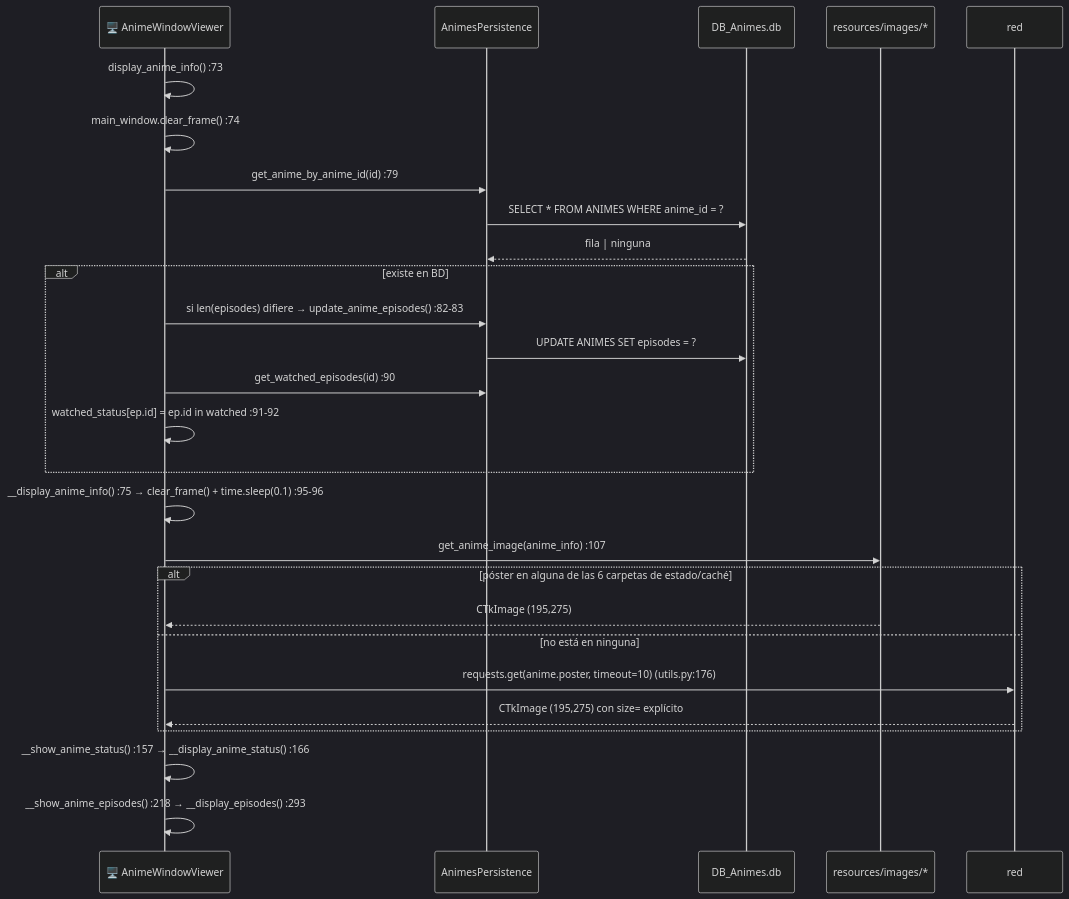
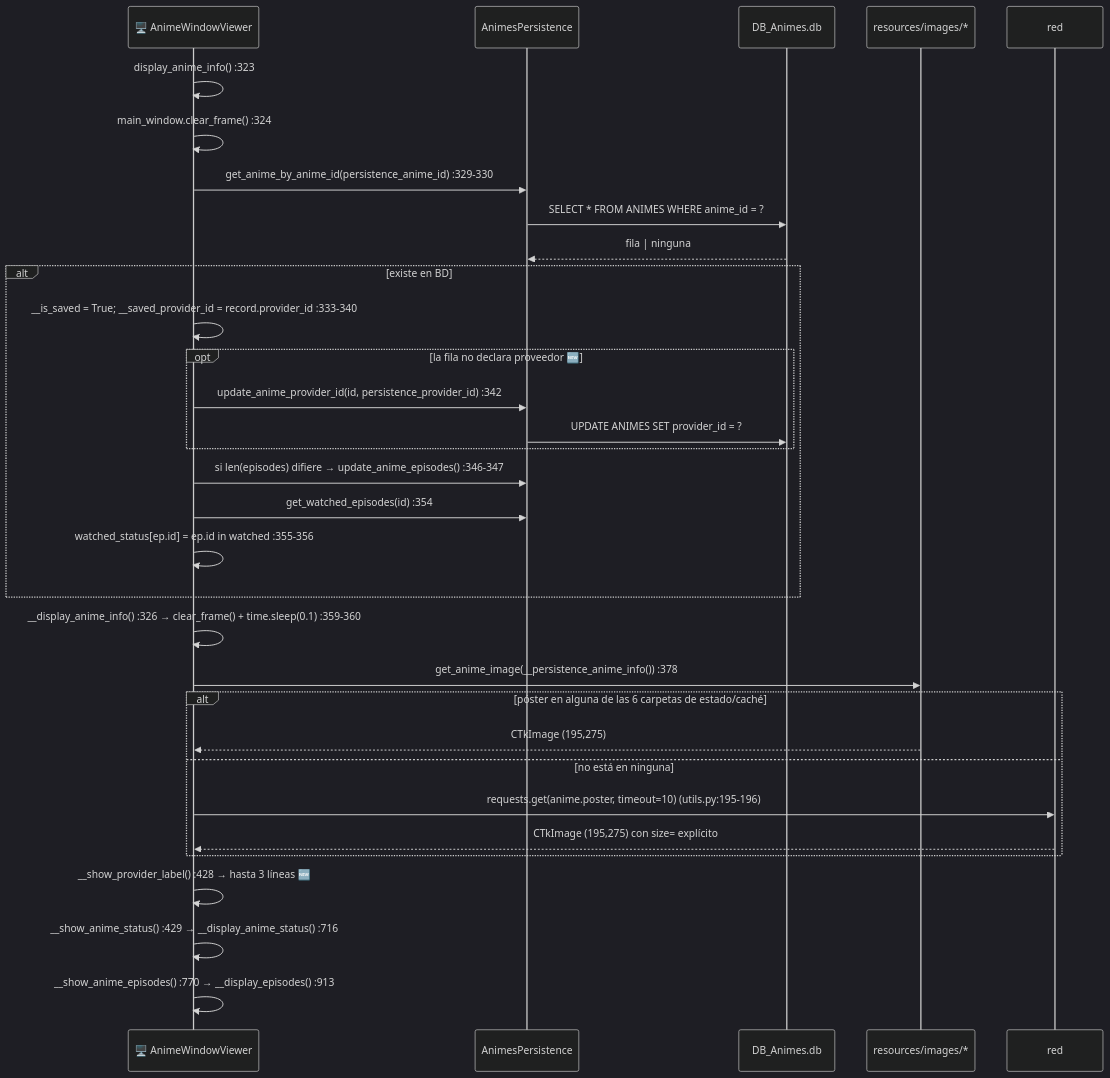
The fifth of 12 diagrams in .claude/docs/03-flujos-de-ejecucion.md (DavidEscri/BibliotecaAnime), drawn with Mermaid (dark theme) before and after one commit. The commit also changed other lines of this file and 15 other files, not shown here.

````diff
--- a/.claude/docs/03-flujos-de-ejecucion.md
+++ b/.claude/docs/03-flujos-de-ejecucion.md
@@ -161,30 +217,35 @@
 ```mermaid
 sequenceDiagram
     participant AW as 🖥️ AnimeWindowViewer
     participant P as AnimesPersistence
     participant DB as DB_Animes.db
     participant FS as resources/images/*
     participant NET as red
 
-    AW->>AW: display_anime_info() :73
-    AW->>AW: main_window.clear_frame() :74
-    AW->>P: get_anime_by_anime_id(id) :79
+    AW->>AW: display_anime_info() :323
+    AW->>AW: main_window.clear_frame() :324
+    AW->>P: get_anime_by_anime_id(persistence_anime_id) :329-330
     P->>DB: SELECT * FROM ANIMES WHERE anime_id = ?
     DB-->>P: fila | ninguna
     alt existe en BD
-        AW->>P: si len(episodes) difiere → update_anime_episodes() :82-83
-        P->>DB: UPDATE ANIMES SET episodes = ?
-        AW->>P: get_watched_episodes(id) :90
-        AW->>AW: watched_status[ep.id] = ep.id in watched :91-92
+        AW->>AW: __is_saved = True#59; __saved_provider_id = record.provider_id :333-340
+        opt la fila no declara proveedor 🆕
+            AW->>P: update_anime_provider_id(id, persistence_provider_id) :342
+            P->>DB: UPDATE ANIMES SET provider_id = ?
+        end
+        AW->>P: si len(episodes) difiere → update_anime_episodes() :346-347
+        AW->>P: get_watched_episodes(id) :354
+        AW->>AW: watched_status[ep.id] = ep.id in watched :355-356
     end
-    AW->>AW: __display_anime_info() :75 → clear_frame() + time.sleep(0.1) :95-96
-    AW->>FS: get_anime_image(anime_info) :107
+    AW->>AW: __display_anime_info() :326 → clear_frame() + time.sleep(0.1) :359-360
+    AW->>FS: get_anime_image(__persistence_anime_info()) :378
     alt póster en alguna de las 6 carpetas de estado/caché
         FS-->>AW: CTkImage (195,275)
     else no está en ninguna
-        AW->>NET: requests.get(anime.poster, timeout=10) (utils.py:176)
+        AW->>NET: requests.get(anime.poster, timeout=10) (utils.py:195-196)
         NET-->>AW: CTkImage (195,275) con size= explícito
     end
-    AW->>AW: __show_anime_status() :157 → __display_anime_status() :166
-    AW->>AW: __show_anime_episodes() :218 → __display_episodes() :293
+    AW->>AW: __show_provider_label() :428 → hasta 3 líneas 🆕
+    AW->>AW: __show_anime_status() :429 → __display_anime_status() :716
+    AW->>AW: __show_anime_episodes() :770 → __display_episodes() :913
 ```
````
